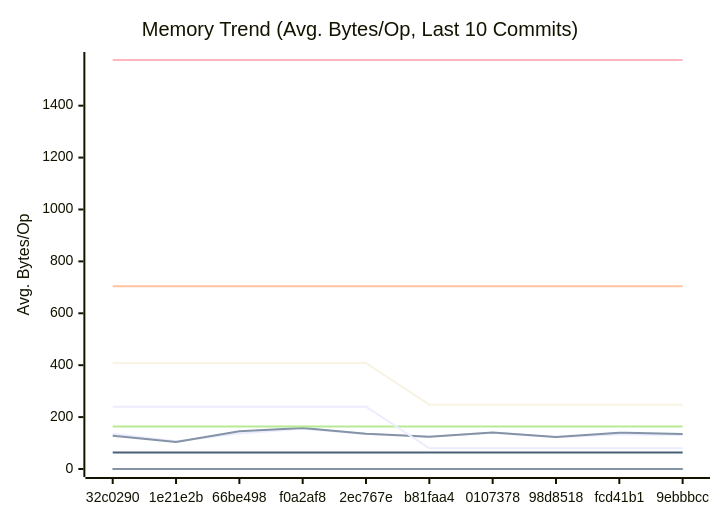
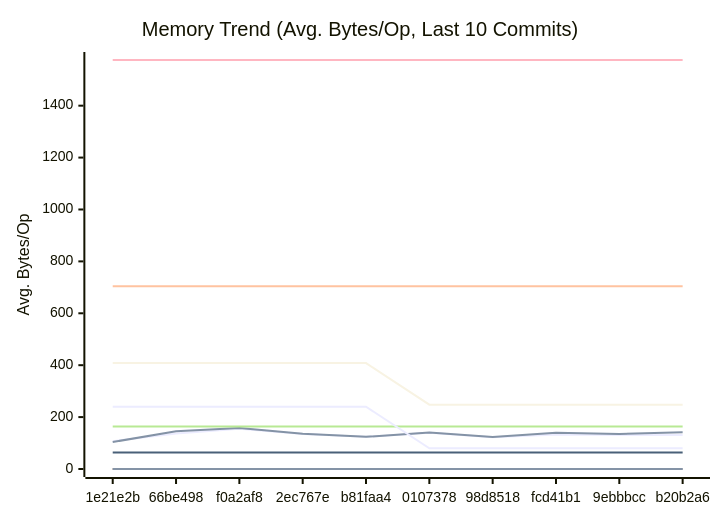
Before and after one commit to alsotoes/momo: the second of 3 diagrams in docs/PERFORMANCE.md, drawn with Mermaid. The commit also changed other lines of this file and 3 other files, not shown here.

````diff
--- a/docs/PERFORMANCE.md
+++ b/docs/PERFORMANCE.md
@@ -171,20 +171,20 @@
 ```mermaid
 xychart-beta
     title "Memory Trend (Avg. Bytes/Op, Last 10 Commits)"
     x-axis "Commit"
     y-axis "Avg. Bytes/Op"
-    x-axis [32c0290,1e21e2b,66be498,f0a2af8,2ec767e,b81faa4,0107378,98d8518,fcd41b1,9ebbbcc]
-    line "AWSChunkedReaderSigned" [135,107,137,155,135,124,140,122,133,131]
-    line "AWSChunkedReaderUnsigned" [128,104,145,158,136,124,141,123,140,135]
+    x-axis [1e21e2b,66be498,f0a2af8,2ec767e,b81faa4,0107378,98d8518,fcd41b1,9ebbbcc,b20b2a6]
+    line "AWSChunkedReaderSigned" [107,137,155,135,124,140,122,133,131,131]
+    line "AWSChunkedReaderUnsigned" [104,145,158,136,124,141,123,140,135,142]
     line "CheckMetricsAndSwap" [0,0,0,0,0,0,0,0,0,0]
     line "CrushOptimized" [0,0,0,0,0,0,0,0,0,0]
     line "CrushOriginal" [164,164,164,164,164,164,164,164,164,164]
     line "IndexDirectTracking" [0,0,0,0,0,0,0,0,0,0]
     line "IndexSearch" [0,0,0,0,0,0,0,0,0,0]
     line "LoadGlobalConfig" [1576,1576,1576,1576,1576,1576,1576,1576,1576,1576]
     line "PadString" [64,64,64,64,64,64,64,64,64,64]
     line "ParseReplicationOrder_NoPrealloc" [408,408,408,408,408,248,248,248,248,248]
     line "ParseReplicationOrder_Prealloc" [240,240,240,240,240,80,80,80,80,80]
     line "SanitizeLog/Safe" [0,0,0,0,0,0,0,0,0,0]
     line "SanitizeLog/Unsafe" [704,704,704,704,704,704,704,704,704,704]
 ```
````
